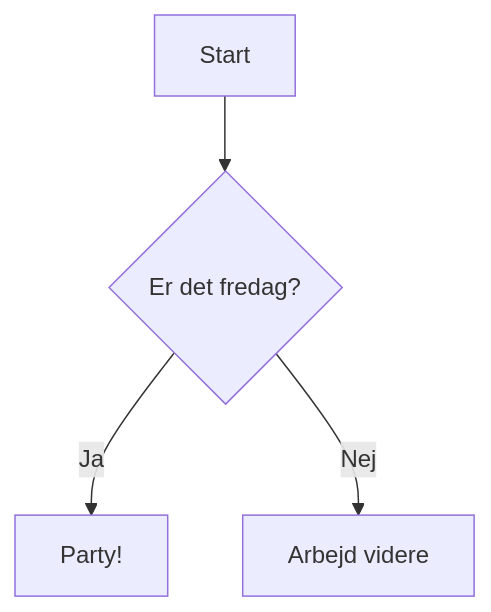
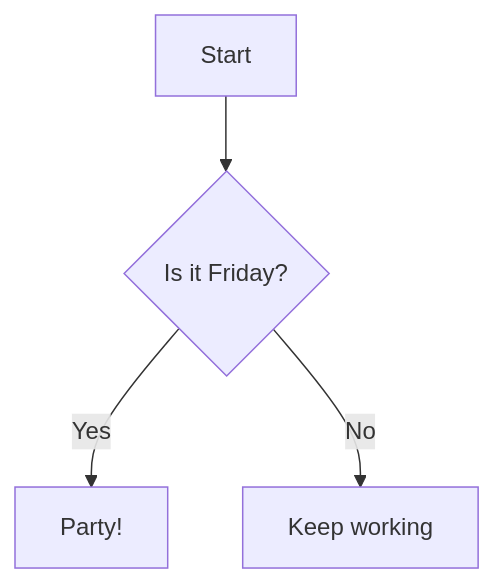
Before and after one commit to KlangHaus/vitepress-plugin-diagram: the diagram in docs/guide/getting-started.md, drawn with Mermaid. The commit also changed other lines of this file and 3 other files, not shown here.

````diff
--- a/docs/guide/getting-started.md
+++ b/docs/guide/getting-started.md
@@ -42,6 +42,6 @@
 ```mermaid
 graph TD
-  A[Start] --> B{Er det fredag?}
-  B -->|Ja| C[Party!]
-  B -->|Nej| D[Arbejd videre]
+  A[Start] --> B{Is it Friday?}
+  B -->|Yes| C[Party!]
+  B -->|No| D[Keep working]
 ```
````
